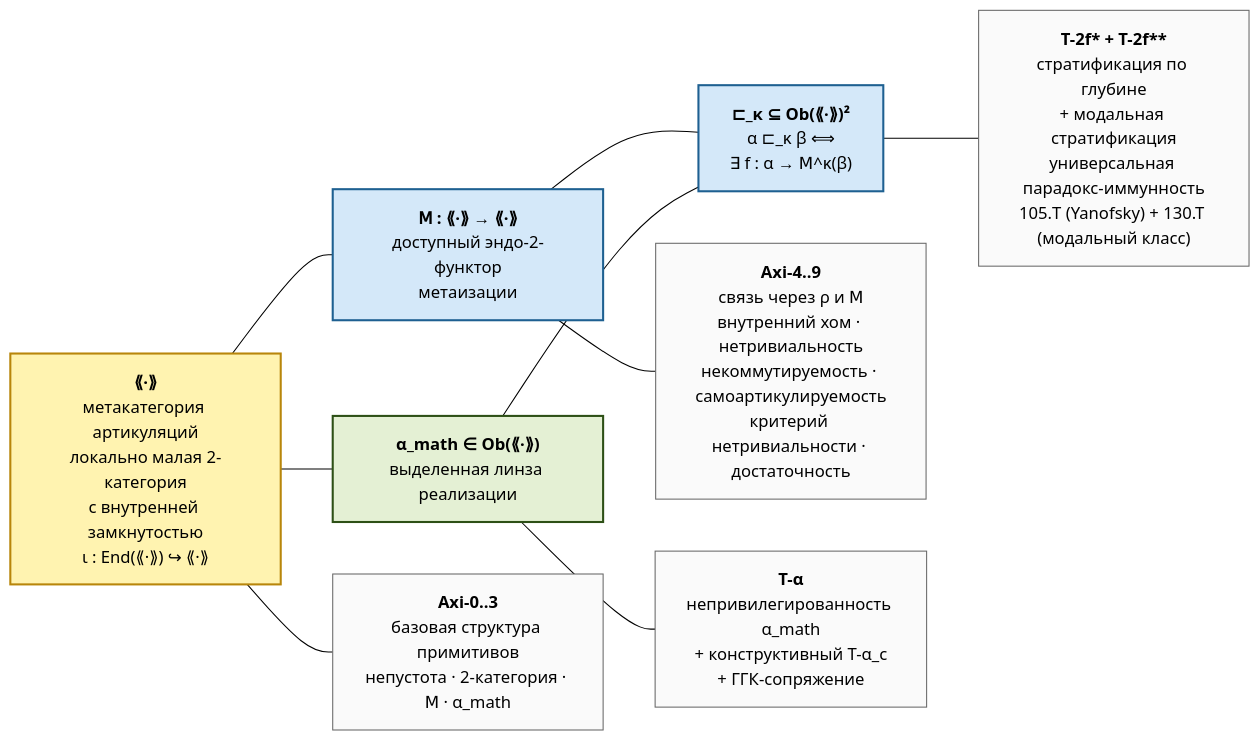
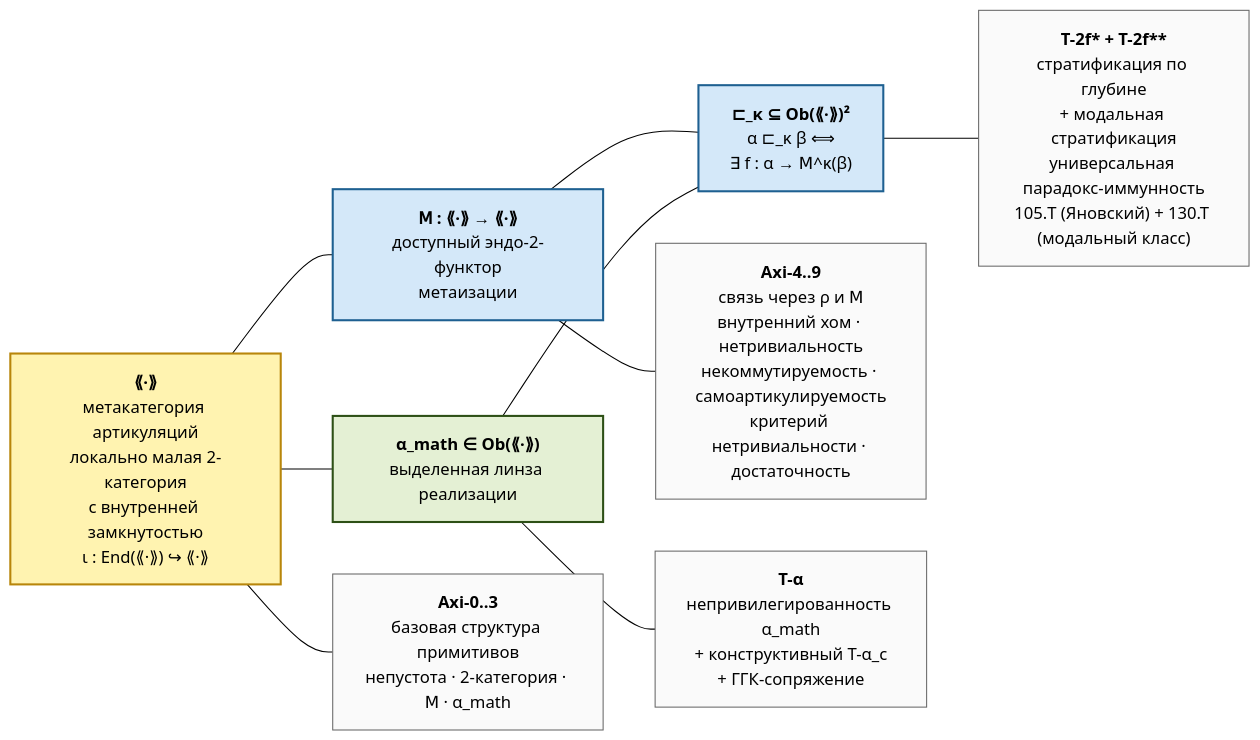
Before and after one commit to gst-st/diakrisis: the third of 7 diagrams in docs/intro.md, drawn with Mermaid (forest theme). The commit also changed other lines of this file and 58 other files, not shown here.

````diff
--- a/docs/intro.md
+++ b/docs/intro.md
@@ -154,27 +154,27 @@
 ```mermaid
 flowchart LR
     classDef cat fill:#fff3b0,stroke:#b8860b,stroke-width:2px,color:#000
     classDef op fill:#d4e8f9,stroke:#1e6091,stroke-width:2px,color:#000
     classDef obj fill:#e4f0d4,stroke:#2d5016,stroke-width:2px,color:#000
     classDef axi fill:#fafafa,stroke:#666,color:#000
 
     CAT["<b>⟪·⟫</b><br/>метакатегория артикуляций<br/>локально малая 2-категория<br/>с внутренней замкнутостью<br/>ι : End(⟪·⟫) ↪ ⟪·⟫"]:::cat
     M["<b>𝖬 : ⟪·⟫ → ⟪·⟫</b><br/>доступный эндо-2-функтор<br/>метаизации"]:::op
     ALPHA["<b>α_math ∈ Ob(⟪·⟫)</b><br/>выделенная линза реализации"]:::obj
     DOM["<b>⊏_κ ⊆ Ob(⟪·⟫)²</b><br/>α ⊏_κ β ⟺<br/>∃ f : α → 𝖬^κ(β)"]:::op
 
     AXI0["<b>Axi-0..3</b><br/>базовая структура примитивов<br/>непустота · 2-категория · 𝖬 · α_math"]:::axi
     AXI4["<b>Axi-4..9</b><br/>связь через ρ и 𝖬<br/>внутренний хом · нетривиальность<br/>некоммутируемость · самоартикулируемость<br/>критерий нетривиальности · достаточность"]:::axi
     TALPHA["<b>T-α</b><br/>непривилегированность α_math<br/>+ конструктивный T-α_c<br/>+ ГГК-сопряжение"]:::axi
-    T2F["<b>T-2f* + T-2f**</b><br/>стратификация по глубине<br/>+ модальная стратификация<br/>универсальная парадокс-иммунность<br/>105.T (Yanofsky) + 130.T (модальный класс)"]:::axi
+    T2F["<b>T-2f* + T-2f**</b><br/>стратификация по глубине<br/>+ модальная стратификация<br/>универсальная парадокс-иммунность<br/>105.T (Яновский) + 130.T (модальный класс)"]:::axi
 
     CAT --- M
     CAT --- ALPHA
     M --- DOM
     ALPHA --- DOM
 
     CAT --- AXI0
     M --- AXI4
     ALPHA --- TALPHA
     DOM --- T2F
 ```
````
